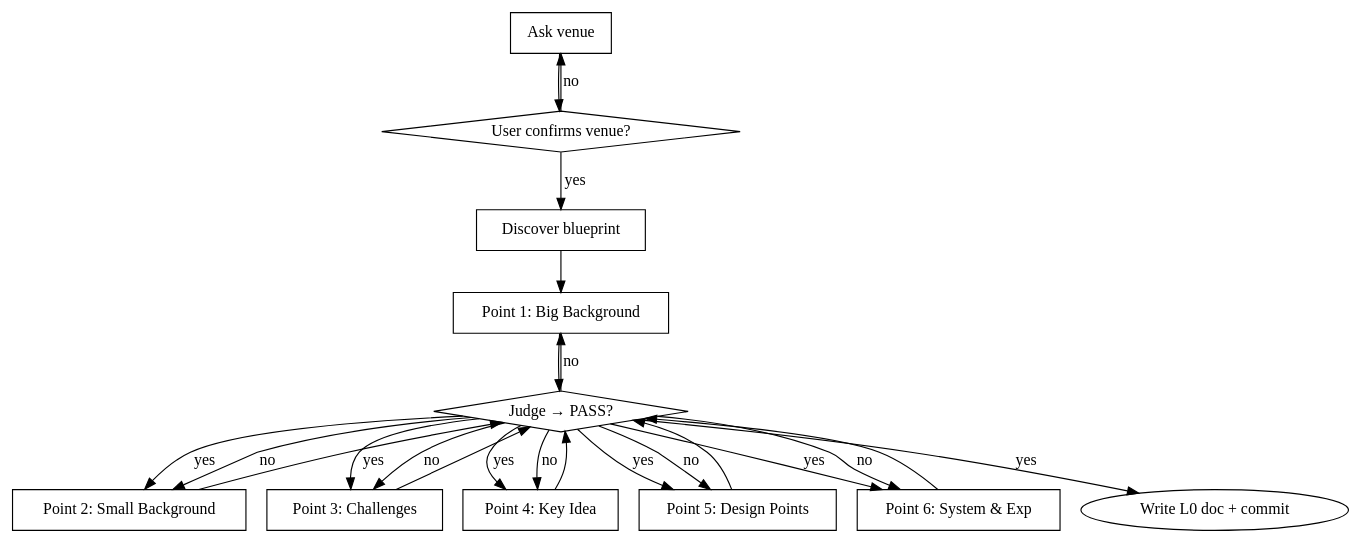
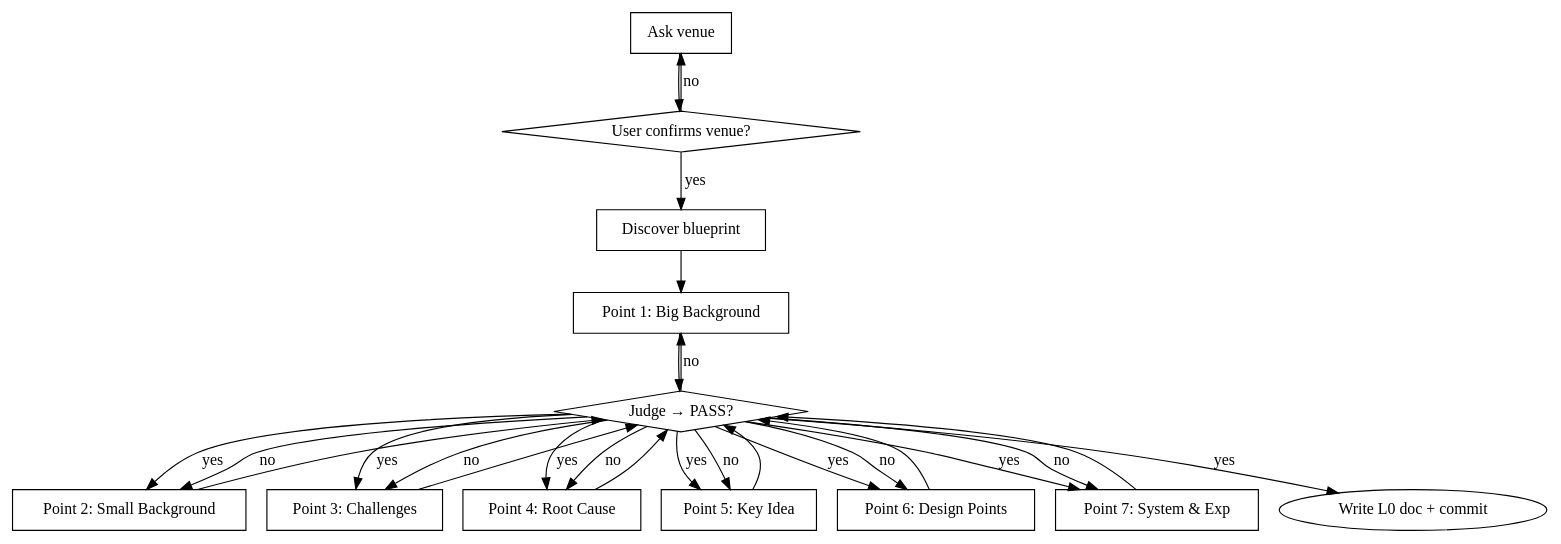
One commit to Deadpoolmine/systematic-research-skills changed the diagram in skills/paper-writing/l0-core-idea.md. Above: the diagram before and after it, drawn with Graphviz. The commit also changed other lines of this file, not shown here.

Commit message:
feat: add Root Cause analysis as Point 4 in L0 framework (6→7 points)

````diff
--- a/skills/paper-writing/l0-core-idea.md
+++ b/skills/paper-writing/l0-core-idea.md
@@ -45,44 +46,49 @@
 ```dot
 digraph l0_flow {
     rankdir=TB;
     "Ask venue" [shape=box];
     "User confirms venue?" [shape=diamond];
     "Discover blueprint" [shape=box];
     "Point 1: Big Background" [shape=box];
     "Judge → PASS?" [shape=diamond];
     "Point 2: Small Background" [shape=box];
     "Judge → PASS?" [shape=diamond];
     "Point 3: Challenges" [shape=box];
     "Judge → PASS?" [shape=diamond];
-    "Point 4: Key Idea" [shape=box];
+    "Point 4: Root Cause" [shape=box];
     "Judge → PASS?" [shape=diamond];
-    "Point 5: Design Points" [shape=box];
+    "Point 5: Key Idea" [shape=box];
     "Judge → PASS?" [shape=diamond];
-    "Point 6: System & Exp" [shape=box];
+    "Point 6: Design Points" [shape=box];
+    "Judge → PASS?" [shape=diamond];
+    "Point 7: System & Exp" [shape=box];
     "Judge → PASS?" [shape=diamond];
     "Write L0 doc + commit" [shape=oval];
 
     "Ask venue" -> "User confirms venue?";
     "User confirms venue?" -> "Ask venue" [label="no"];
     "User confirms venue?" -> "Discover blueprint" [label="yes"];
     "Discover blueprint" -> "Point 1: Big Background";
     "Point 1: Big Background" -> "Judge → PASS?";
     "Judge → PASS?" -> "Point 1: Big Background" [label="no"];
     "Judge → PASS?" -> "Point 2: Small Background" [label="yes"];
     "Point 2: Small Background" -> "Judge → PASS?";
     "Judge → PASS?" -> "Point 2: Small Background" [label="no"];
     "Judge → PASS?" -> "Point 3: Challenges" [label="yes"];
     "Point 3: Challenges" -> "Judge → PASS?";
     "Judge → PASS?" -> "Point 3: Challenges" [label="no"];
-    "Judge → PASS?" -> "Point 4: Key Idea" [label="yes"];
-    "Point 4: Key Idea" -> "Judge → PASS?";
-    "Judge → PASS?" -> "Point 4: Key Idea" [label="no"];
-    "Judge → PASS?" -> "Point 5: Design Points" [label="yes"];
-    "Point 5: Design Points" -> "Judge → PASS?";
-    "Judge → PASS?" -> "Point 5: Design Points" [label="no"];
-    "Judge → PASS?" -> "Point 6: System & Exp" [label="yes"];
-    "Point 6: System & Exp" -> "Judge → PASS?";
-    "Judge → PASS?" -> "Point 6: System & Exp" [label="no"];
+    "Judge → PASS?" -> "Point 4: Root Cause" [label="yes"];
+    "Point 4: Root Cause" -> "Judge → PASS?";
+    "Judge → PASS?" -> "Point 4: Root Cause" [label="no"];
+    "Judge → PASS?" -> "Point 5: Key Idea" [label="yes"];
+    "Point 5: Key Idea" -> "Judge → PASS?";
+    "Judge → PASS?" -> "Point 5: Key Idea" [label="no"];
+    "Judge → PASS?" -> "Point 6: Design Points" [label="yes"];
+    "Point 6: Design Points" -> "Judge → PASS?";
+    "Judge → PASS?" -> "Point 6: Design Points" [label="no"];
+    "Judge → PASS?" -> "Point 7: System & Exp" [label="yes"];
+    "Point 7: System & Exp" -> "Judge → PASS?";
+    "Judge → PASS?" -> "Point 7: System & Exp" [label="no"];
     "Judge → PASS?" -> "Write L0 doc + commit" [label="yes"];
 }
 ```
````
